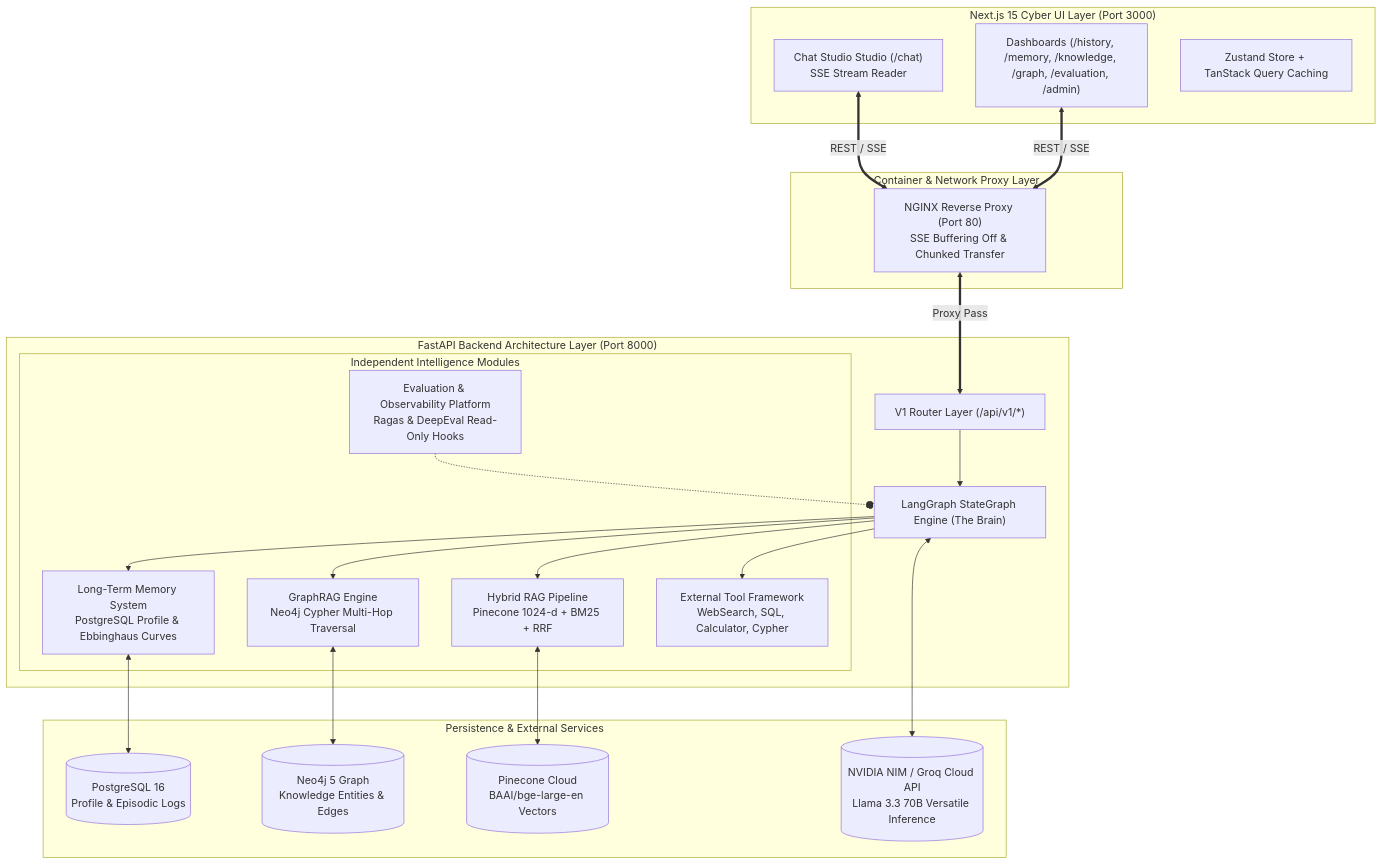
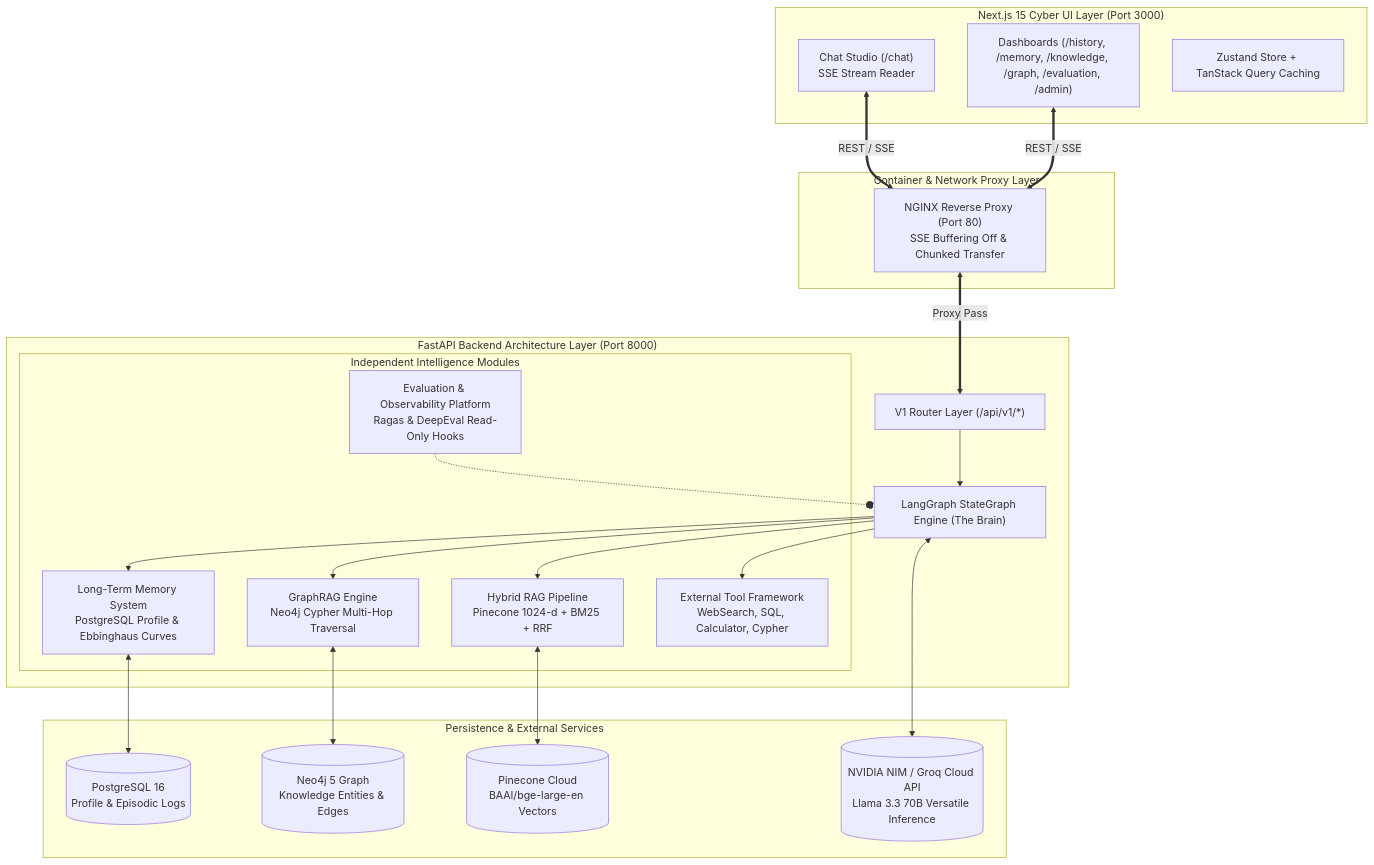
One commit to AnveshAnnepaga/Memory-Argumented-Chatbot changed the diagram in README.md. Above: the diagram before and after it, drawn with Mermaid. The commit also changed other lines of this file and 4 other files, not shown here.

````diff
--- a/README.md
+++ b/README.md
@@ -28,42 +28,42 @@
 ```mermaid
 graph TD
     subgraph Frontend["Next.js 15 Cyber UI Layer (Port 3000)"]
-        ChatStudio["Chat Studio Studio (/chat)<br/>SSE Stream Reader"]
+        ChatStudio["Chat Studio (/chat)<br/>SSE Stream Reader"]
         Dashboards["Dashboards (/history, /memory, /knowledge, /graph, /evaluation, /admin)"]
         ZustandStore["Zustand Store + TanStack Query Caching"]
     end
 
     subgraph ReverseProxy["Container & Network Proxy Layer"]
         NGINX["NGINX Reverse Proxy (Port 80)<br/>SSE Buffering Off & Chunked Transfer"]
     end
 
     subgraph Backend["FastAPI Backend Architecture Layer (Port 8000)"]
         Router["V1 Router Layer (/api/v1/*)"]
         Orchestration["LangGraph StateGraph Engine (The Brain)"]
         
         subgraph DecoupledModules["Independent Intelligence Modules"]
             HybridRAG["Hybrid RAG Pipeline<br/>Pinecone 1024-d + BM25 + RRF"]
             GraphRAG["GraphRAG Engine<br/>Neo4j Cypher Multi-Hop Traversal"]
             LTMemory["Long-Term Memory System<br/>PostgreSQL Profile & Ebbinghaus Curves"]
             ToolSystem["External Tool Framework<br/>WebSearch, SQL, Calculator, Cypher"]
             Observability["Evaluation & Observability Platform<br/>Ragas & DeepEval Read-Only Hooks"]
         end
     end
 
     subgraph Storage["Persistence & External Services"]
         PostgresDB[(PostgreSQL 16<br/>Profile & Episodic Logs)]
         Neo4jDB[(Neo4j 5 Graph<br/>Knowledge Entities & Edges)]
         PineconeCloud[(Pinecone Cloud<br/>BAAI/bge-large-en Vectors)]
         GroqLLM[("NVIDIA NIM / Groq Cloud API<br/>Llama 3.3 70B Versatile Inference")]
     end
 
     ChatStudio & Dashboards <==REST / SSE==> NGINX
     NGINX <==Proxy Pass==> Router
     Router --> Orchestration
     Orchestration --> HybridRAG & GraphRAG & LTMemory & ToolSystem
     HybridRAG <--> PineconeCloud
     GraphRAG <--> Neo4jDB
     LTMemory <--> PostgresDB
     Orchestration <--> GroqLLM
     Observability -.-o Orchestration
 ```
````
